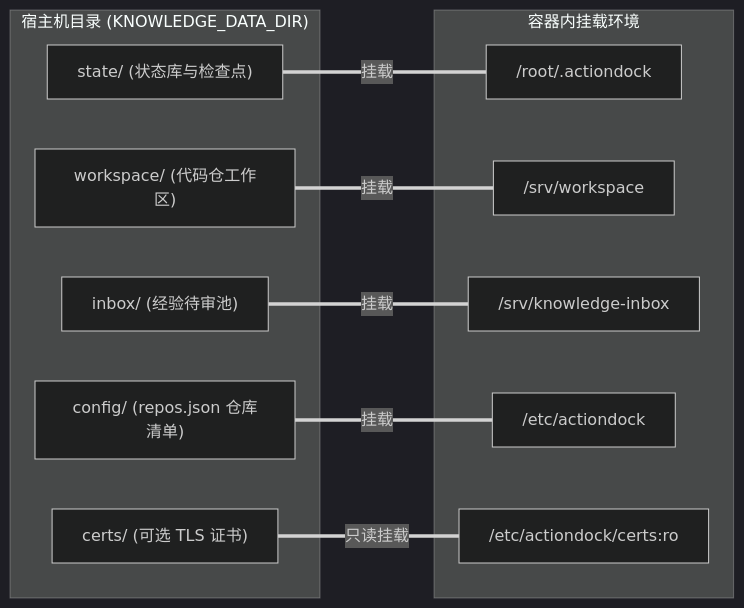
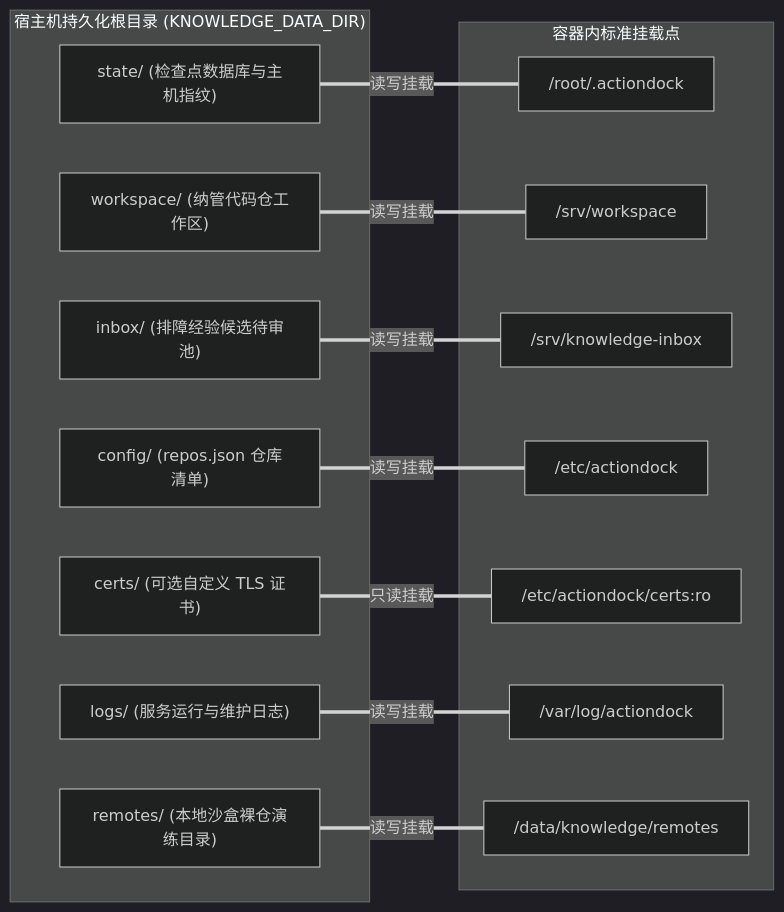
One commit to fjay/knowledge-dock changed the diagram in docs/deployment.md. Above: the diagram before and after it, drawn with Mermaid (dark theme). The commit also changed other lines of this file and 7 other files, not shown here.

````diff
--- a/docs/deployment.md
+++ b/docs/deployment.md
@@ -28,24 +47,30 @@
 ```mermaid
 flowchart LR
-    subgraph Host["宿主机目录 (KNOWLEDGE_DATA_DIR)"]
-        H_State["state/ (状态库与检查点)"]
-        H_Ws["workspace/ (代码仓工作区)"]
-        H_Inbox["inbox/ (经验待审池)"]
+    subgraph Host["宿主机持久化根目录 (KNOWLEDGE_DATA_DIR)"]
+        H_State["state/ (检查点数据库与主机指纹)"]
+        H_Ws["workspace/ (纳管代码仓工作区)"]
+        H_Inbox["inbox/ (排障经验候选待审池)"]
         H_Conf["config/ (repos.json 仓库清单)"]
-        H_Certs["certs/ (可选 TLS 证书)"]
+        H_Certs["certs/ (可选自定义 TLS 证书)"]
+        H_Logs["logs/ (服务运行与维护日志)"]
+        H_Remotes["remotes/ (本地沙盒裸仓演练目录)"]
     end
 
-    subgraph Container["容器内挂载环境"]
+    subgraph Container["容器内标准挂载点"]
         C_State["/root/.actiondock"]
         C_Ws["/srv/workspace"]
         C_Inbox["/srv/knowledge-inbox"]
         C_Conf["/etc/actiondock"]
         C_Certs["/etc/actiondock/certs:ro"]
+        C_Logs["/var/log/actiondock"]
+        C_Remotes["/data/knowledge/remotes"]
     end
 
-    H_State ===|挂载| C_State
-    H_Ws ===|挂载| C_Ws
-    H_Inbox ===|挂载| C_Inbox
-    H_Conf ===|挂载| C_Conf
+    H_State ===|读写挂载| C_State
+    H_Ws ===|读写挂载| C_Ws
+    H_Inbox ===|读写挂载| C_Inbox
+    H_Conf ===|读写挂载| C_Conf
     H_Certs ===|只读挂载| C_Certs
+    H_Logs ===|读写挂载| C_Logs
+    H_Remotes ===|读写挂载| C_Remotes
 ```
````
